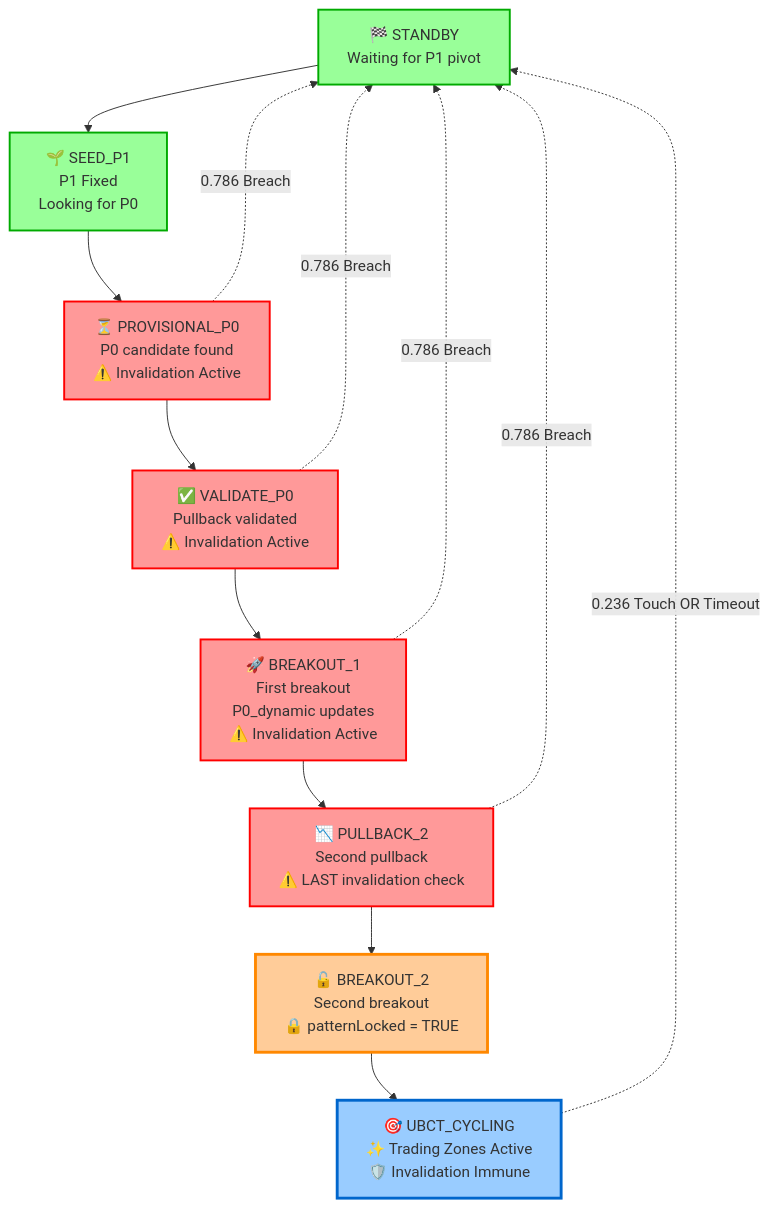
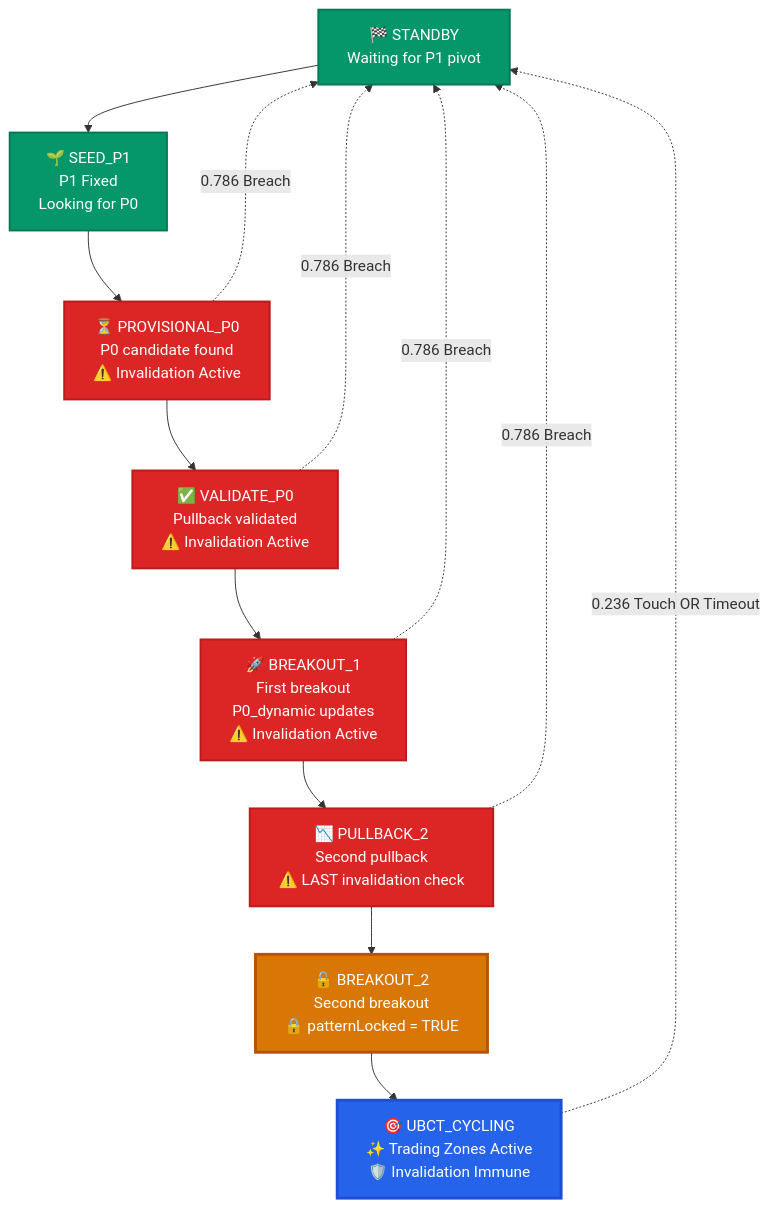
Before and after one commit to CryptoPlazaHQ/Maverick: the diagram in checking.md, drawn with Mermaid. The commit also changed other lines of this file, not shown here.

````diff
--- a/checking.md
+++ b/checking.md
@@ -15,30 +15,30 @@
 ```mermaid
 flowchart TD
     A[🏁 STANDBY<br/>Waiting for P1 pivot] --> B[🌱 SEED_P1<br/>P1 Fixed<br/>Looking for P0]
     B --> C[⏳ PROVISIONAL_P0<br/>P0 candidate found<br/>⚠️ Invalidation Active]
     C --> D[✅ VALIDATE_P0<br/>Pullback validated<br/>⚠️ Invalidation Active]
     D --> E[🚀 BREAKOUT_1<br/>First breakout<br/>P0_dynamic updates<br/>⚠️ Invalidation Active]
     E --> F[📉 PULLBACK_2<br/>Second pullback<br/>⚠️ LAST invalidation check]
     F --> G[🔓 BREAKOUT_2<br/>Second breakout<br/>🔒 patternLocked = TRUE]
     G --> H[🎯 UBCT_CYCLING<br/>✨ Trading Zones Active<br/>🛡️ Invalidation Immune]
     
     %% Invalidation paths (red dashed lines)
     C -.->|0.786 Breach| A
     D -.->|0.786 Breach| A  
     E -.->|0.786 Breach| A
     F -.->|0.786 Breach| A
     
     %% Exit conditions
     H -.->|0.236 Touch OR Timeout| A
     
-    %% Styling
-    classDef danger fill:#ff9999,stroke:#ff0000,stroke-width:2px
-    classDef safe fill:#99ff99,stroke:#00aa00,stroke-width:2px
-    classDef locked fill:#ffcc99,stroke:#ff8800,stroke-width:3px
-    classDef active fill:#99ccff,stroke:#0066cc,stroke-width:3px
+    %% Styling - High contrast colors for dark/light mode compatibility
+    classDef danger fill:#dc2626,stroke:#b91c1c,stroke-width:2px,color:#ffffff
+    classDef safe fill:#059669,stroke:#047857,stroke-width:2px,color:#ffffff
+    classDef locked fill:#d97706,stroke:#b45309,stroke-width:3px,color:#ffffff
+    classDef active fill:#2563eb,stroke:#1d4ed8,stroke-width:3px,color:#ffffff
     
     class C,D,E,F danger
     class A,B safe
     class G locked
     class H active
 ```
````
